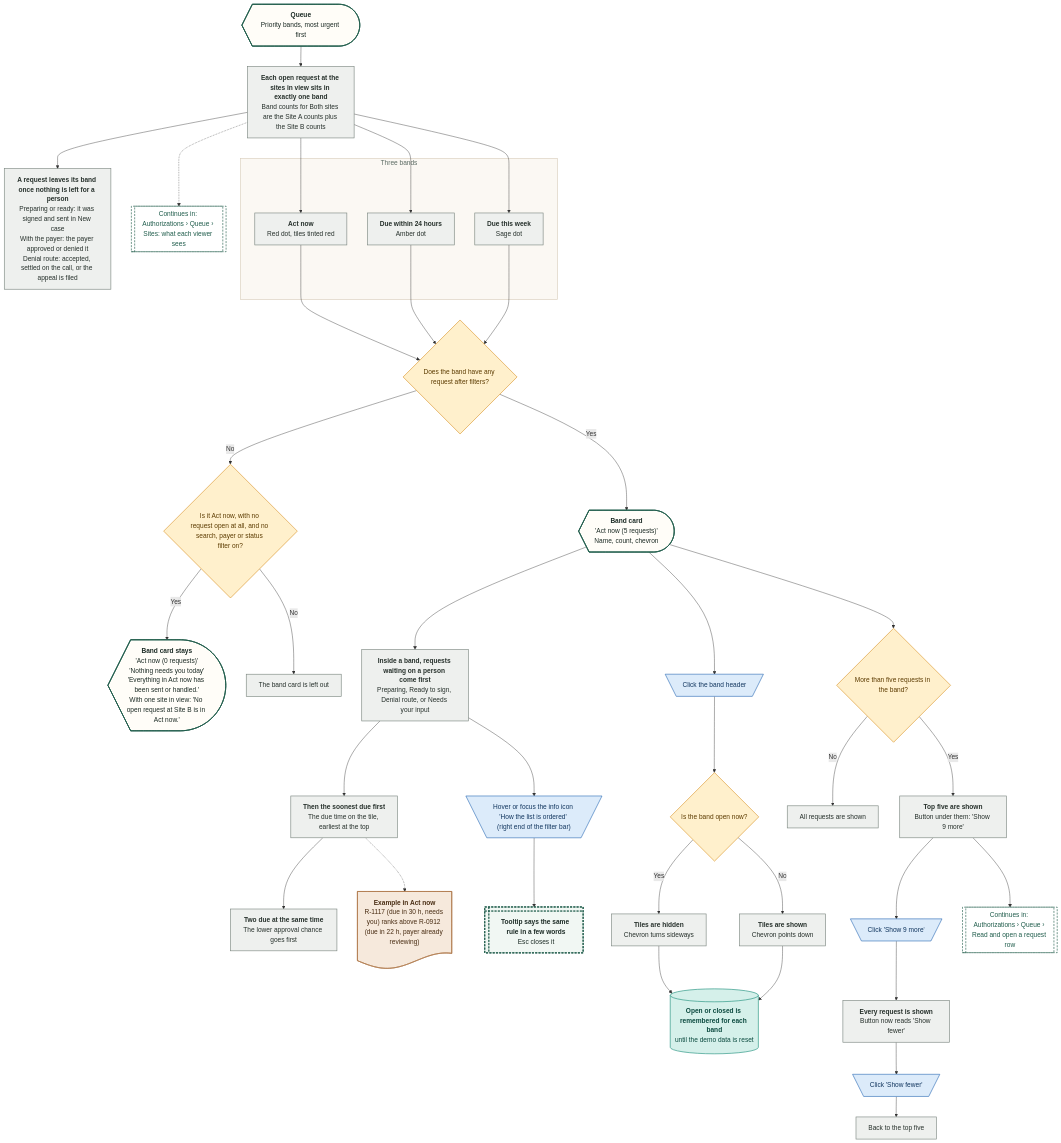
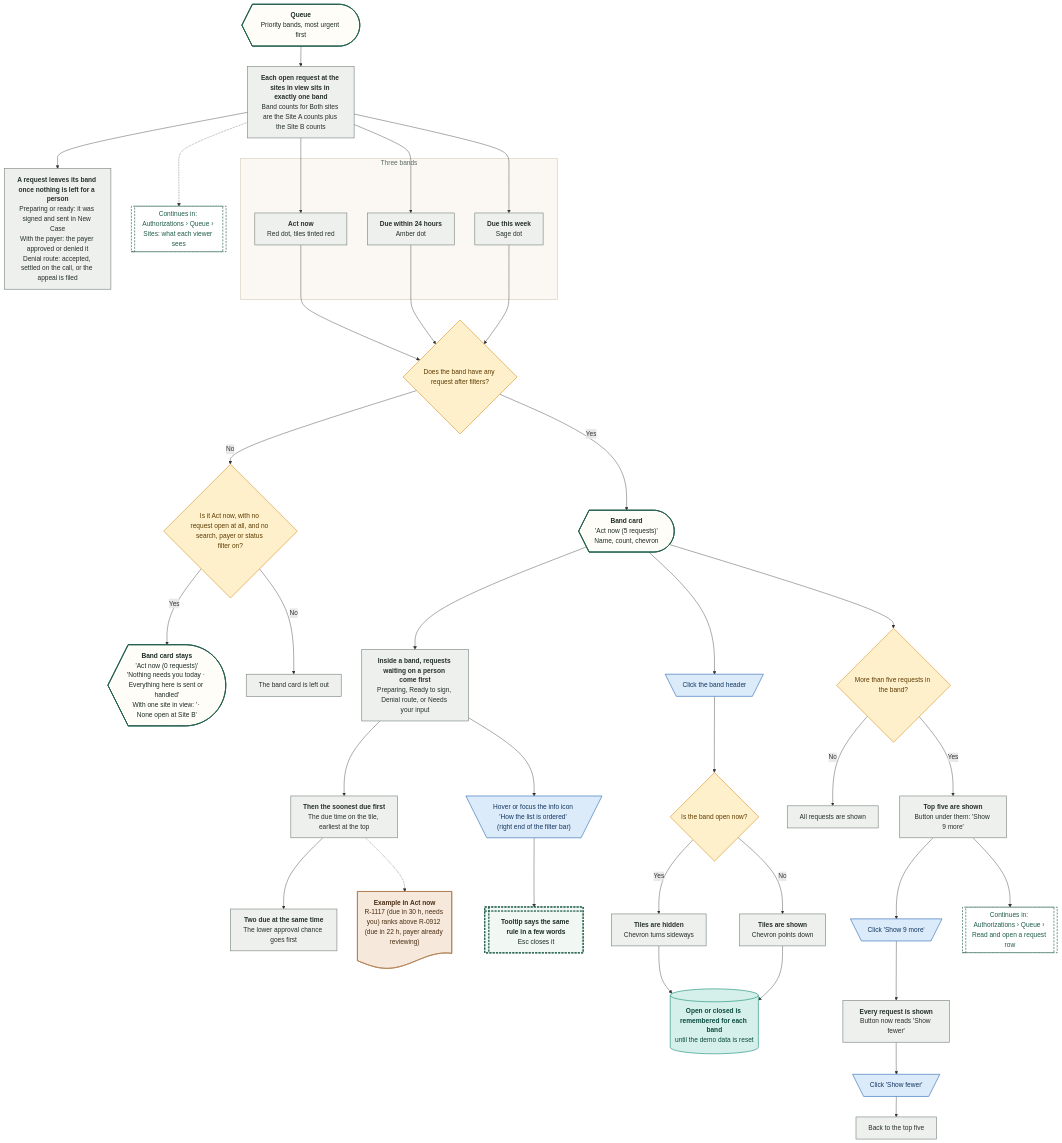
Before and after one commit to Shrav143/psyfloapp: the third of 34 diagrams in demos/prior-auth-demo/workflows/out/md/03-authorizations.md, drawn with Mermaid. The commit also changed other lines of this file and 202 other files, not shown here.

First line of the commit message:
docs: round 6 README, CONVENTIONS, spec section 17, diagram module blurbs and 336 rebuilt diagrams

```diff
--- a/demos/prior-auth-demo/workflows/out/md/03-authorizations.md
+++ b/demos/prior-auth-demo/workflows/out/md/03-authorizations.md
@@ -194,7 +194,7 @@
   classDef k_goto fill:#FFFFFF,stroke:#1F5C4B,color:#1F5C4B,stroke-width:1.5px,stroke-dasharray:5 3
   q@{ shape: curv-trap, label: "<b>Queue</b><br/>Priority bands, most urgent first" }
   b1@{ shape: rect, label: "<b>Each open request at the sites in view sits in exactly one band</b><br/>Band counts for Both sites are the Site A counts plus the Site B counts" }
-  lv@{ shape: rect, label: "<b>A request leaves its band once nothing is left for a person</b><br/>Preparing or ready: it was signed and sent in New case<br/>With the payer: the payer approved or denied it<br/>Denial route: accepted, settled on the call, or the appeal is filed" }
+  lv@{ shape: rect, label: "<b>A request leaves its band once nothing is left for a person</b><br/>Preparing or ready: it was signed and sent in New Case<br/>With the payer: the payer approved or denied it<br/>Denial route: accepted, settled on the call, or the appeal is filed" }
   subgraph gB ["Three bands"]
   bn@{ shape: rect, label: "<b>Act now</b><br/>Red dot, tiles tinted red" }
   bd@{ shape: rect, label: "<b>Due within 24 hours</b><br/>Amber dot" }
@@ -202,7 +202,7 @@
   end
   dE@{ shape: diam, label: "Does the band have any request after filters?" }
   dZ@{ shape: diam, label: "Is it Act now, with no request open at all, and no search, payer or status filter on?" }
-  em@{ shape: curv-trap, label: "<b>Band card stays</b><br/>'Act now (0 requests)'<br/>'Nothing needs you today'<br/>'Everything in Act now has been sent or handled.'<br/>With one site in view: 'No open request at Site B is in Act now.'" }
+  em@{ shape: curv-trap, label: "<b>Band card stays</b><br/>'Act now (0 requests)'<br/>'Nothing needs you today · Everything here is sent or handled'<br/>With one site in view: '· None open at Site B'" }
   hide@{ shape: rect, label: "The band card is left out" }
   bc@{ shape: curv-trap, label: "<b>Band card</b><br/>'Act now (5 requests)'<br/>Name, count, chevron" }
   r1@{ shape: rect, label: "<b>Inside a band, requests waiting on a person come first</b><br/>Preparing, Ready to sign, Denial route, or Needs your input" }
```
